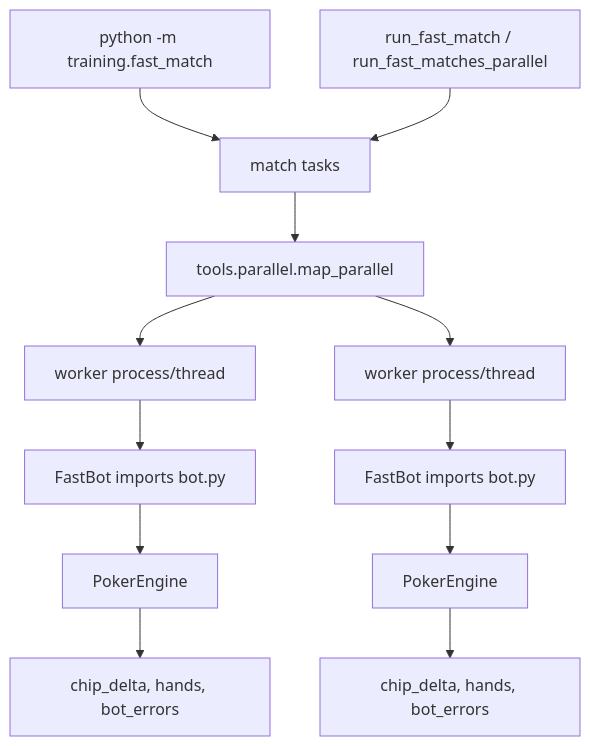
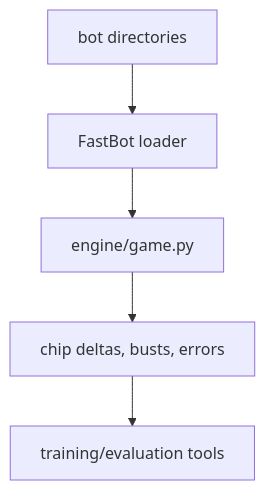
Before and after one commit to kosunghun317/fullhouse-engine: the diagram in docs/fast-training-runner.md, drawn with Mermaid. The commit also changed other lines of this file and 18 other files, not shown here.

````diff
--- a/docs/fast-training-runner.md
+++ b/docs/fast-training-runner.md
@@ -53,14 +20,7 @@
 ```mermaid
 graph TD
-    CLI["python -m training.fast_match"] --> Tasks["match tasks"]
-    API["run_fast_match / run_fast_matches_parallel"] --> Tasks
-    Tasks --> Parallel["tools.parallel.map_parallel"]
-    Parallel --> W1["worker process/thread"]
-    Parallel --> W2["worker process/thread"]
-    W1 --> FastBot1["FastBot imports bot.py"]
-    W2 --> FastBot2["FastBot imports bot.py"]
-    FastBot1 --> Engine1["PokerEngine"]
-    FastBot2 --> Engine2["PokerEngine"]
-    Engine1 --> Result1["chip_delta, hands, bot_errors"]
-    Engine2 --> Result2["chip_delta, hands, bot_errors"]
+    BotDirs["bot directories"] --> FastBot["FastBot loader"]
+    FastBot --> Engine["engine/game.py"]
+    Engine --> Summary["chip deltas, busts, errors"]
+    Summary --> Trainers["training/evaluation tools"]
 ```
````
